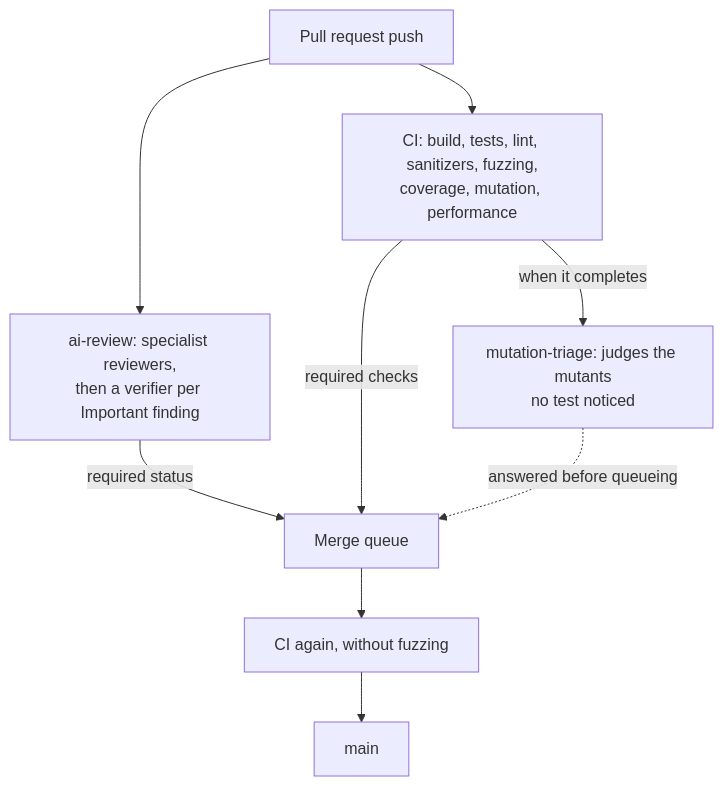
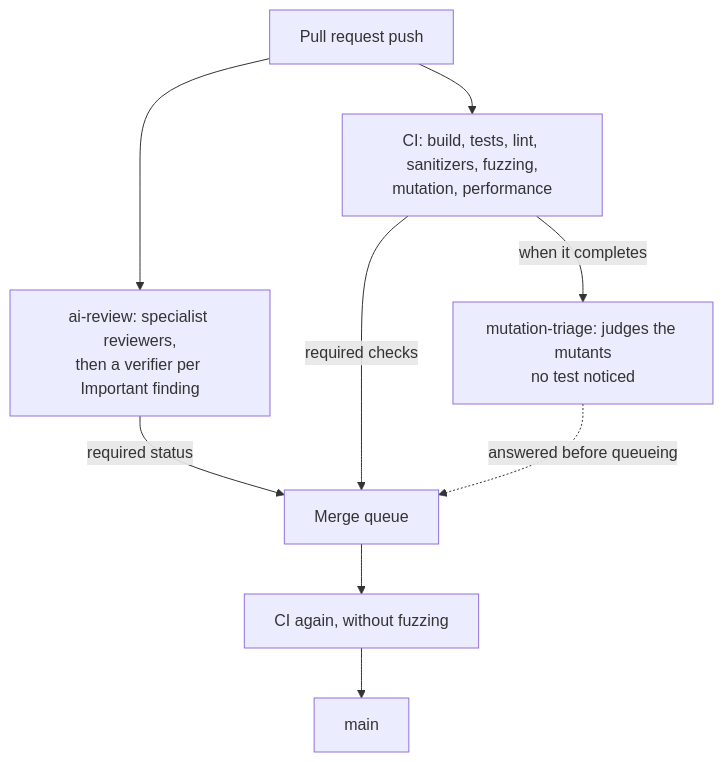
Diagram 12 of 12 in docs/DESIGN.md (orizonaudio/Sineless), drawn with Mermaid before and after one commit. The commit also changed other lines of this file and 10 other files, not shown here.

````diff
--- a/docs/DESIGN.md
+++ b/docs/DESIGN.md
@@ -828,11 +827,11 @@
 ```mermaid
 flowchart TB
-  PR["Pull request push"] --> CI["CI: build, tests, lint, sanitizers, fuzzing,<br/>coverage, mutation, performance"]
+  PR["Pull request push"] --> CI["CI: build, tests, lint, sanitizers, fuzzing,<br/>mutation, performance"]
   PR --> AIR["ai-review: specialist reviewers,<br/>then a verifier per Important finding"]
   CI -- "when it completes" --> MT["mutation-triage: judges the mutants<br/>no test noticed"]
   AIR -- "required status" --> Q["Merge queue"]
   CI -- "required checks" --> Q
   MT -. "answered before queueing" .-> Q
   Q --> CIQ["CI again, without fuzzing"]
   CIQ --> Main["main"]
 ```
````
